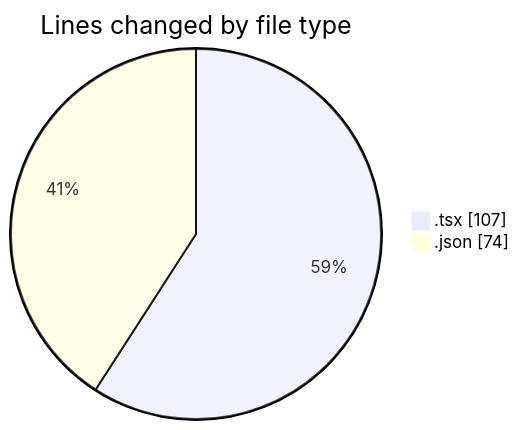
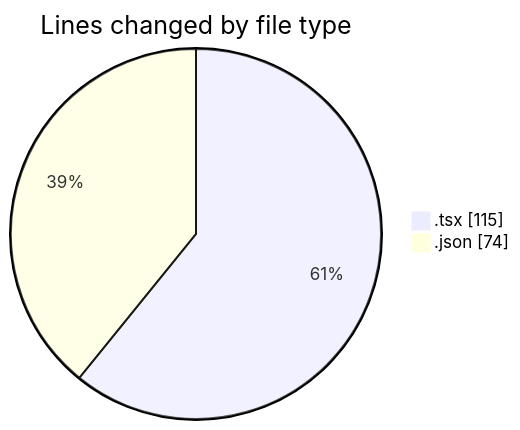
One commit to momahboobian/code-tracking changed the first of 2 diagrams in 2025-04-08/cda/README.md. Above: the diagram before and after it, drawn with Mermaid. The commit also changed other lines of this file and 1 other file, not shown here.

````diff
--- a/2025-04-08/cda/README.md
+++ b/2025-04-08/cda/README.md
@@ -21,6 +21,6 @@
 ```mermaid
 pie showData
 title Lines changed by file type
-".tsx" : 107
+".tsx" : 115
 ".json" : 74
 ```
````
